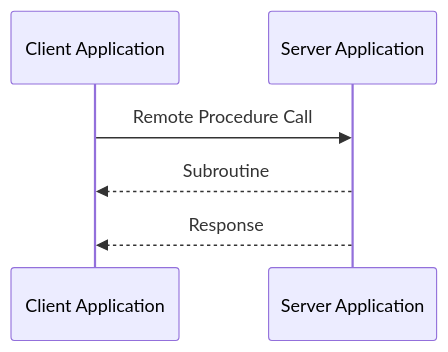
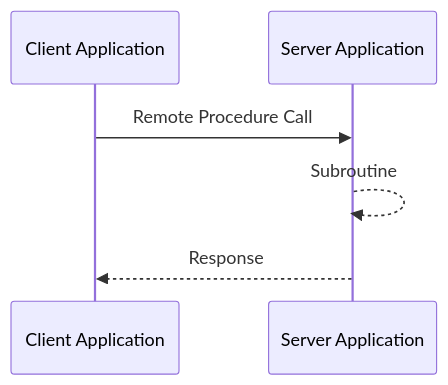
One commit to maulikdave-fh/notes changed the diagram in software-architecture/31-API-Design-RPC.md. Above: the diagram before and after it, drawn with Mermaid.

Commit message:
correct typo

````diff
--- a/software-architecture/31-API-Design-RPC.md
+++ b/software-architecture/31-API-Design-RPC.md
@@ -2,9 +2,9 @@
 ```mermaid
     sequenceDiagram
         participant client as Client Application
         participant server as Server Application
         
         client ->> server : Remote Procedure Call
-        server -->> client : Subroutine
+        server -->> server : Subroutine
         server -->> client : Response
 ```
````
